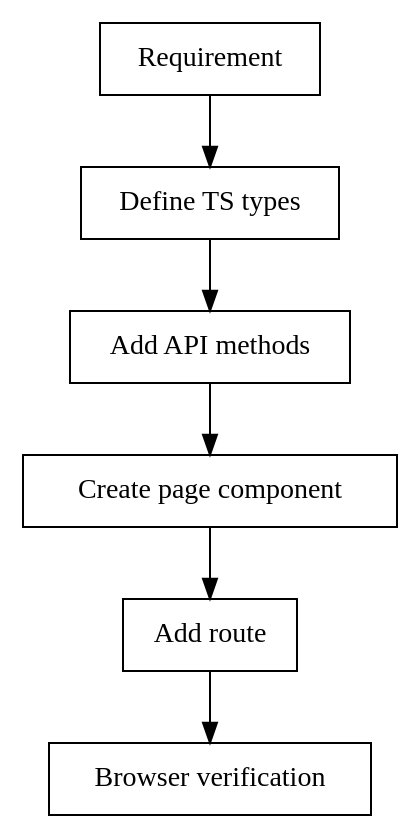
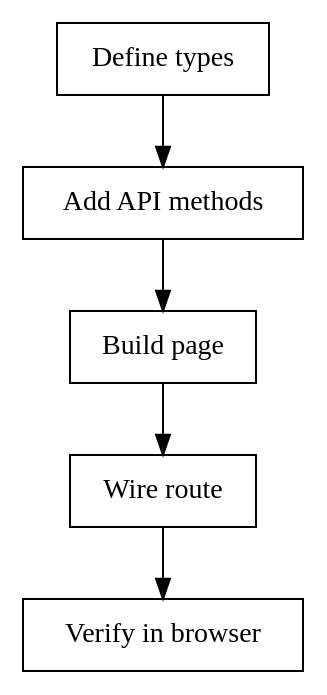
One commit to citywalki/ams-ai changed the diagram in .opencode/skills/frontend-page-development/SKILL.md. Above: the diagram before and after it, drawn with Graphviz. The commit also changed other lines of this file, not shown here.

Commit message:
chore: update frontend-page-development skill for role UI adjustments

````diff
--- a/.opencode/skills/frontend-page-development/SKILL.md
+++ b/.opencode/skills/frontend-page-development/SKILL.md
@@ -18,17 +25,15 @@
 ```dot
 digraph frontend_dev {
     rankdir=TB;
-    "Requirement" [shape=box];
-    "Define TS types" [shape=box];
+    "Define types" [shape=box];
     "Add API methods" [shape=box];
-    "Create page component" [shape=box];
-    "Add route" [shape=box];
-    "Browser verification" [shape=box];
-    
-    "Requirement" -> "Define TS types";
-    "Define TS types" -> "Add API methods";
-    "Add API methods" -> "Create page component";
-    "Create page component" -> "Add route";
-    "Add route" -> "Browser verification";
+    "Build page" [shape=box];
+    "Wire route" [shape=box];
+    "Verify in browser" [shape=box];
+
+    "Define types" -> "Add API methods";
+    "Add API methods" -> "Build page";
+    "Build page" -> "Wire route";
+    "Wire route" -> "Verify in browser";
 }
 ```
````
